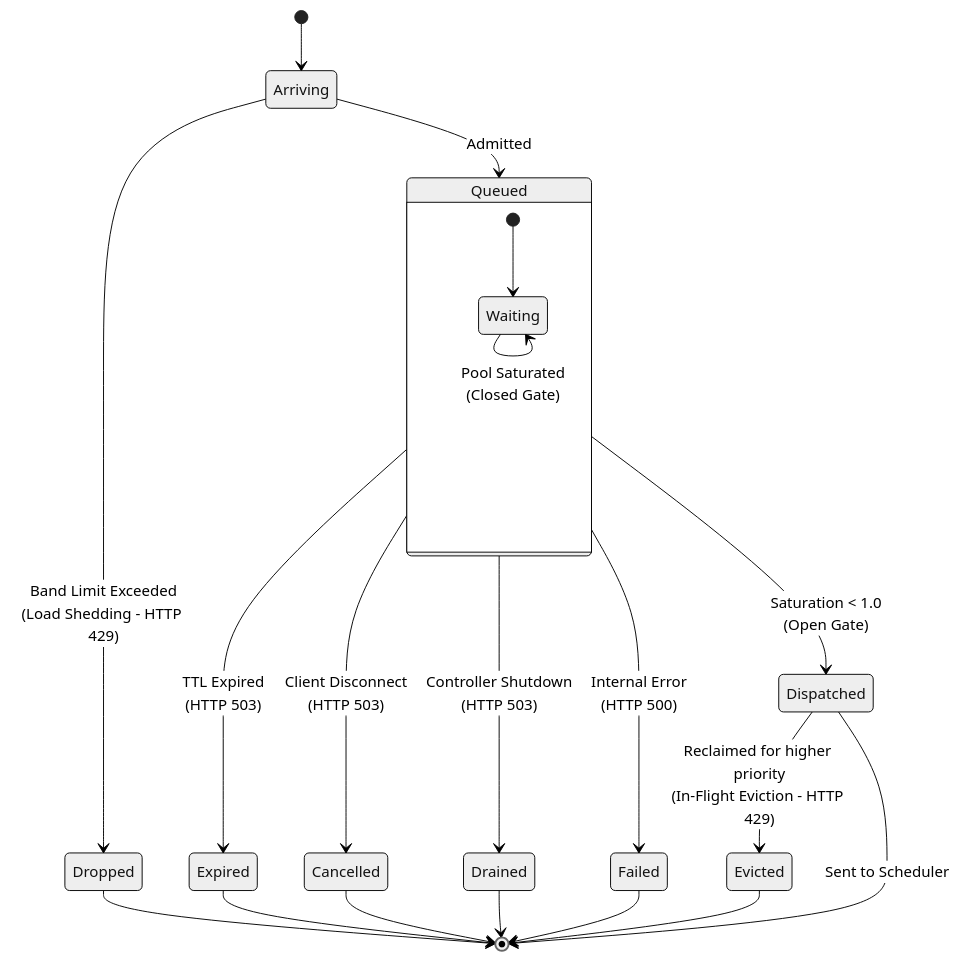
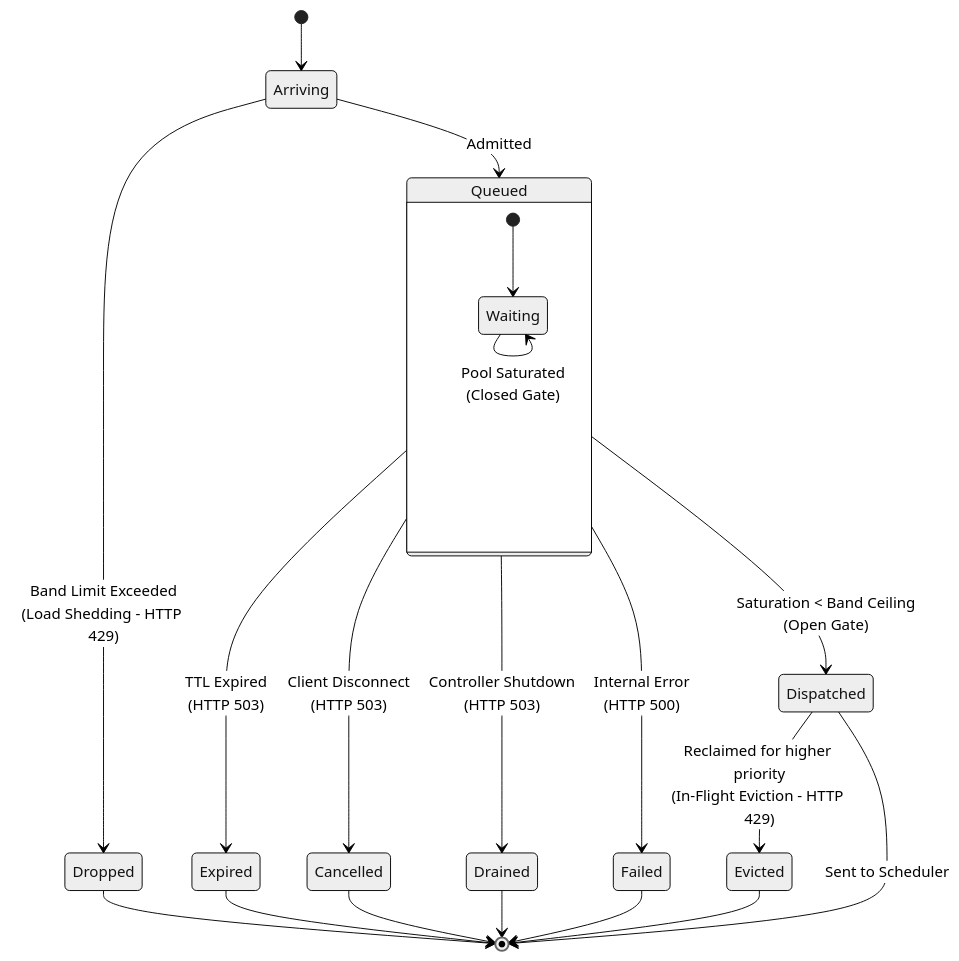
Before and after one commit to llm-d/llm-d: the fourth of 4 diagrams in docs/architecture/core/router/epp/flow-control.md, drawn with Mermaid (neutral theme).

````diff
--- a/docs/architecture/core/router/epp/flow-control.md
+++ b/docs/architecture/core/router/epp/flow-control.md
@@ -345,26 +345,26 @@
 ```mermaid
 stateDiagram-v2
     [*] --> Arriving
     Arriving --> Dropped: Band Limit Exceeded<br/>(Load Shedding - HTTP 429)
     Arriving --> Queued: Admitted
 
     state Queued {
         [*] --> Waiting
         Waiting --> Waiting: Pool Saturated<br/>(Closed Gate)
     }
 
     Queued --> Expired: TTL Expired<br/>(HTTP 503)
     Queued --> Cancelled: Client Disconnect<br/>(HTTP 503)
     Queued --> Drained: Controller Shutdown<br/>(HTTP 503)
     Queued --> Failed: Internal Error<br/>(HTTP 500)
-    Queued --> Dispatched: Saturation < 1.0<br/>(Open Gate)
+    Queued --> Dispatched: Saturation < Band Ceiling<br/>(Open Gate)
 
     Dispatched --> Evicted: Reclaimed for higher priority<br/>(In-Flight Eviction - HTTP 429)
     Dispatched --> [*]: Sent to Scheduler
     Dropped --> [*]
     Expired --> [*]
     Cancelled --> [*]
     Drained --> [*]
     Evicted --> [*]
     Failed --> [*]
 ```
````
